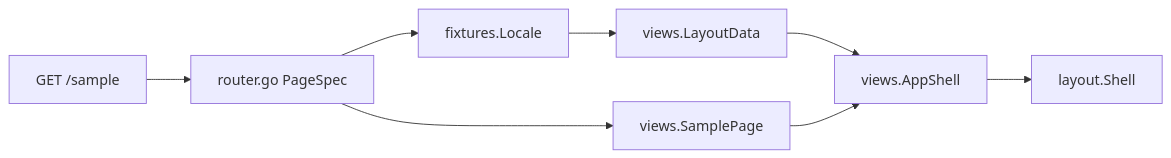
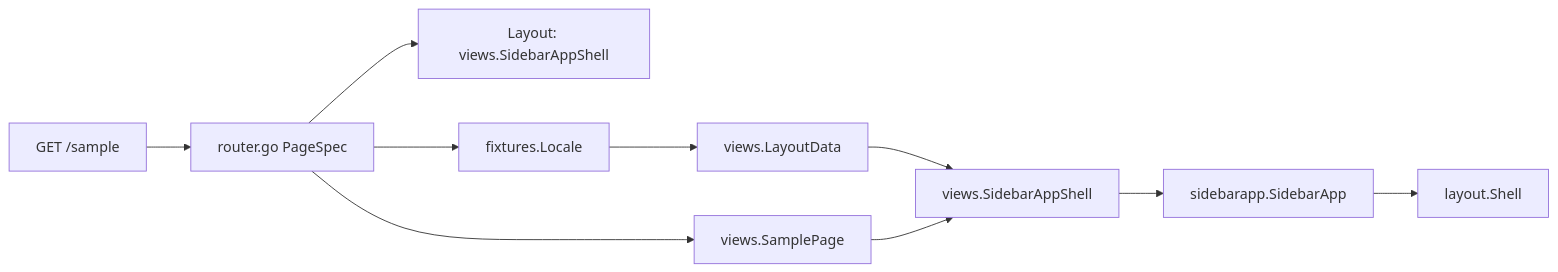
One commit to fastygo/blank changed the diagram in docs/for-react-devs.md. Above: the diagram before and after it, drawn with Mermaid. The commit also changed other lines of this file and 8 other files, not shown here.

````diff
--- a/docs/for-react-devs.md
+++ b/docs/for-react-devs.md
@@ -48,10 +59,12 @@
 ```mermaid
 flowchart LR
   request["GET /sample"] --> pageSpec["router.go PageSpec"]
+  pageSpec --> layoutLine["Layout: views.SidebarAppShell"]
   pageSpec --> locale["fixtures.Locale"]
   locale --> layoutData["views.LayoutData"]
   pageSpec --> body["views.SamplePage"]
-  layoutData --> routeShell["views.AppShell"]
+  layoutData --> routeShell["views.SidebarAppShell"]
   body --> routeShell
-  routeShell --> documentShell["layout.Shell"]
+  routeShell --> registryBlock["sidebarapp.SidebarApp"]
+  registryBlock --> documentShell["layout.Shell"]
 ```
````
